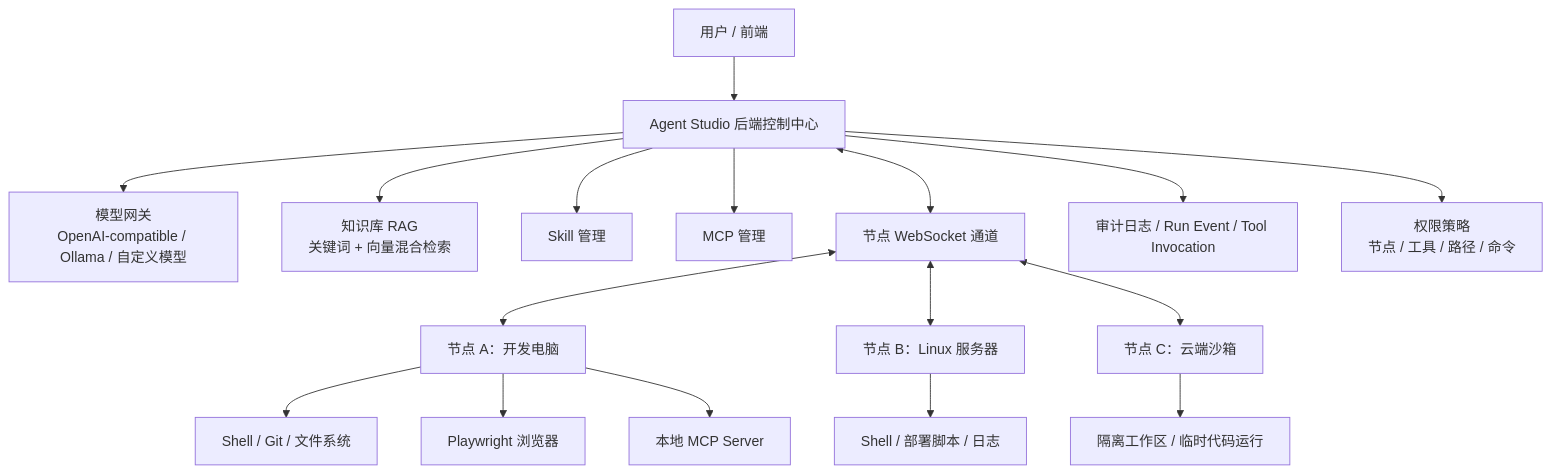
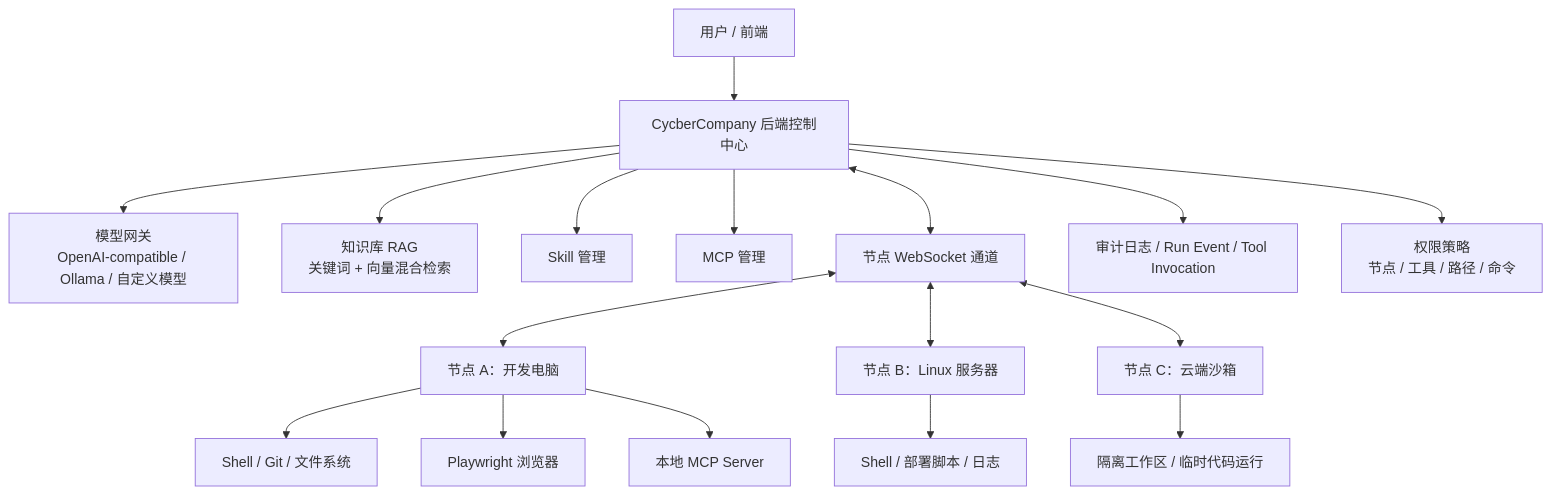
Before and after one commit to sunlightFox/cycbercompany-backend: the first of 6 diagrams in docs/node-execution-architecture.md, drawn with Mermaid. The commit also changed other lines of this file and 1327 other files, not shown here.

Commit message:
feat: deliver CycberCompany local execution workflow

````diff
--- a/docs/node-execution-architecture.md
+++ b/docs/node-execution-architecture.md
@@ -157,25 +157,25 @@
 ```mermaid
 flowchart TB
-    User["用户 / 前端"] --> Backend["Agent Studio 后端控制中心"]
+    User["用户 / 前端"] --> Backend["CycberCompany 后端控制中心"]
 
     Backend --> Model["模型网关<br/>OpenAI-compatible / Ollama / 自定义模型"]
     Backend --> RAG["知识库 RAG<br/>关键词 + 向量混合检索"]
     Backend --> Skill["Skill 管理"]
     Backend --> MCP["MCP 管理"]
 
     Backend <--> NodeWS["节点 WebSocket 通道"]
 
     NodeWS <--> NodeA["节点 A：开发电脑"]
     NodeWS <--> NodeB["节点 B：Linux 服务器"]
     NodeWS <--> NodeC["节点 C：云端沙箱"]
 
     NodeA --> ShellA["Shell / Git / 文件系统"]
     NodeA --> BrowserA["Playwright 浏览器"]
     NodeA --> LocalMcpA["本地 MCP Server"]
 
     NodeB --> ShellB["Shell / 部署脚本 / 日志"]
     NodeC --> Sandbox["隔离工作区 / 临时代码运行"]
 
     Backend --> Audit["审计日志 / Run Event / Tool Invocation"]
     Backend --> Policy["权限策略<br/>节点 / 工具 / 路径 / 命令"]
 ```
````
